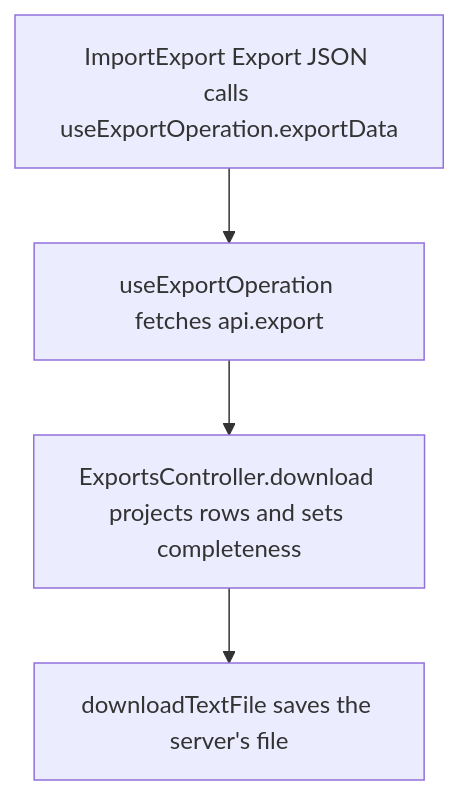
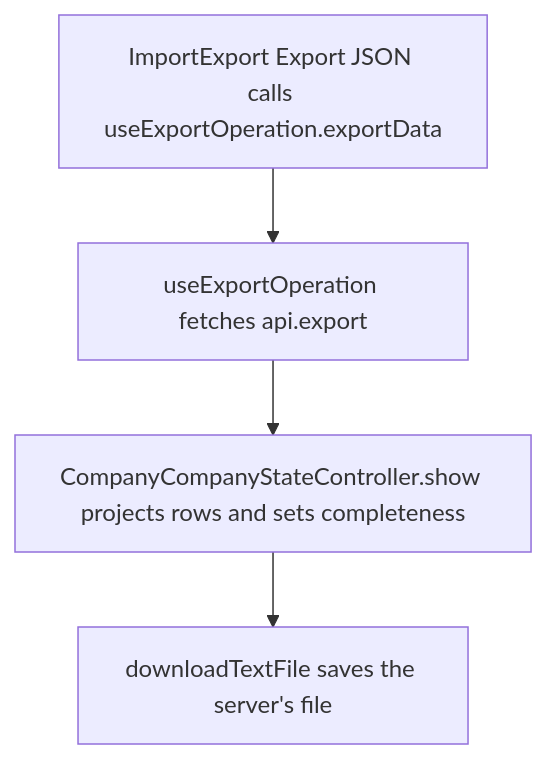
The second of 2 diagrams in user-stories/data/US-DAT-01-export-json.md (Kevinjohn/capacitylens), drawn with Mermaid before and after one commit. The commit also changed other lines of this file and 139 other files, not shown here.

````diff
--- a/user-stories/data/US-DAT-01-export-json.md
+++ b/user-stories/data/US-DAT-01-export-json.md
@@ -28,6 +28,6 @@
 ```mermaid
 flowchart TD
   button["ImportExport Export JSON calls useExportOperation.exportData"] --> fetch["useExportOperation fetches api.export"]
-  fetch --> route["ExportsController.download projects rows and sets completeness"]
+  fetch --> route["CompanyCompanyStateController.show projects rows and sets completeness"]
   route --> file["downloadTextFile saves the server's file"]
 ```
````
